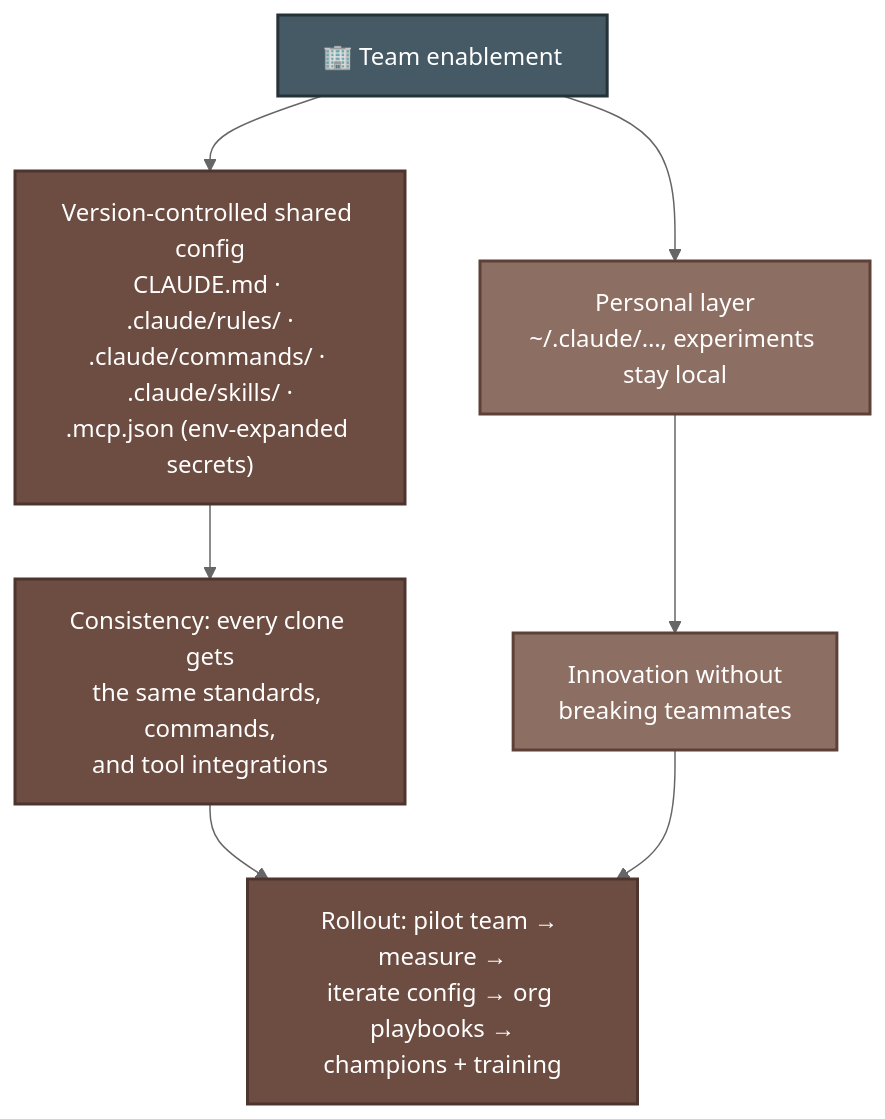
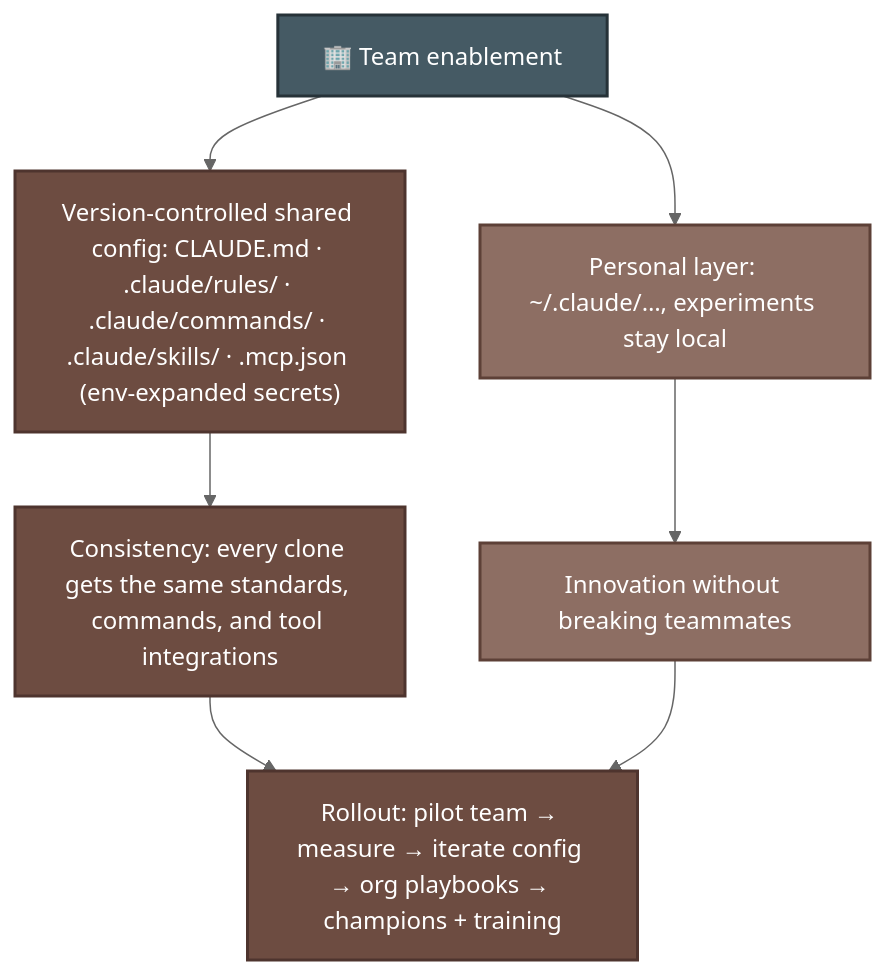
The first of 2 diagrams in CCA-P/domains/d7-dev-productivity-enablement.md (parmar-m/claude-architect-certification-prep), drawn with Mermaid (neutral theme) before and after one commit. The commit also changed other lines of this file and 25 other files, not shown here.

````diff
--- a/CCA-P/domains/d7-dev-productivity-enablement.md
+++ b/CCA-P/domains/d7-dev-productivity-enablement.md
@@ -11,14 +11,14 @@
 ```mermaid
 flowchart TD
-    ORG["🏢 Team enablement"] --> SHARED["Version-controlled shared config<br/>CLAUDE.md · .claude/rules/ ·<br/>.claude/commands/ · .claude/skills/ ·<br/>.mcp.json (env-expanded secrets)"]
-    ORG --> PERS["Personal layer<br/>~/.claude/…, experiments stay local"]
-    SHARED --> CONS["Consistency: every clone gets<br/>the same standards, commands,<br/>and tool integrations"]
-    PERS --> SAFE["Innovation without<br/>breaking teammates"]
-    CONS & SAFE --> ROLL["Rollout: pilot team → measure →<br/>iterate config → org playbooks →<br/>champions + training"]
+    ORG["🏢 Team enablement"] --> SHARED["Version-controlled shared config: CLAUDE.md · .claude/rules/ · .claude/commands/ · .claude/skills/ · .mcp.json (env-expanded secrets)"]
+    ORG --> PERS["Personal layer: ~/.claude/…, experiments stay local"]
+    SHARED --> CONS["Consistency: every clone gets the same standards, commands, and tool integrations"]
+    PERS --> SAFE["Innovation without breaking teammates"]
+    CONS & SAFE --> ROLL["Rollout: pilot team → measure → iterate config → org playbooks → champions + training"]
     classDef sh fill:#6D4C41,color:#fff,stroke:#4E342E,stroke-width:2px
     classDef pe fill:#8D6E63,color:#fff,stroke:#5D4037,stroke-width:2px
     classDef n fill:#455A64,color:#fff,stroke:#263238,stroke-width:2px
     class SHARED,CONS,ROLL sh
     class PERS,SAFE pe
     class ORG n
 ```
````
